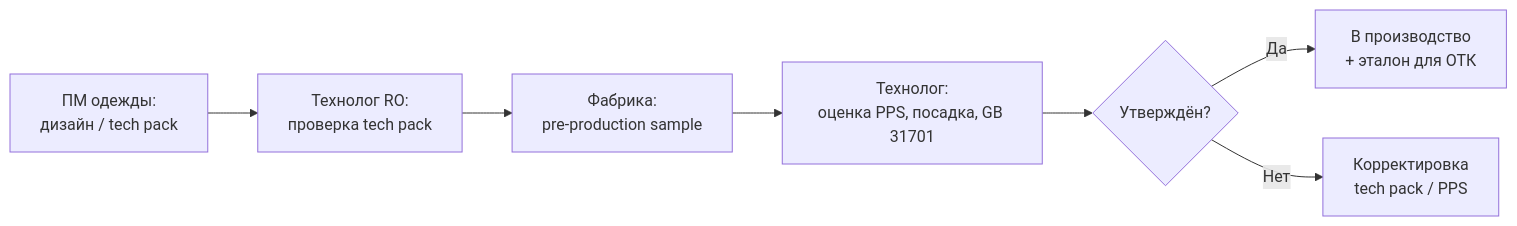
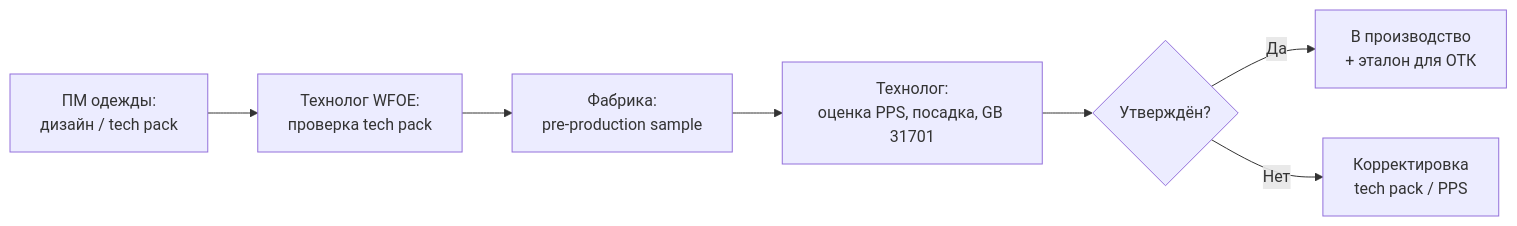
Before and after one commit to SinopticsVit/resume: the fifth of 8 diagrams in representative in china DM/representation/office_setup/05_horizontal_interactions_moscow.md, drawn with Mermaid. The commit also changed other lines of this file and 62 other files, not shown here.

````diff
--- a/representative in china DM/representation/office_setup/05_horizontal_interactions_moscow.md
+++ b/representative in china DM/representation/office_setup/05_horizontal_interactions_moscow.md
@@ -114,9 +124,9 @@
 ```mermaid
 flowchart LR
-    D1["ПМ одежды:<br/>дизайн / tech pack"] --> D2["Технолог RO:<br/>проверка tech pack"]
+    D1["ПМ одежды:<br/>дизайн / tech pack"] --> D2["Технолог WFOE:<br/>проверка tech pack"]
     D2 --> D3["Фабрика:<br/>pre-production sample"]
     D3 --> D4["Технолог:<br/>оценка PPS, посадка, GB 31701"]
     D4 --> D5{"Утверждён?"}
     D5 -->|"Да"| D6["В производство<br/>+ эталон для ОТК"]
     D5 -->|"Нет"| D7["Корректировка<br/>tech pack / PPS"]
 ```
````
